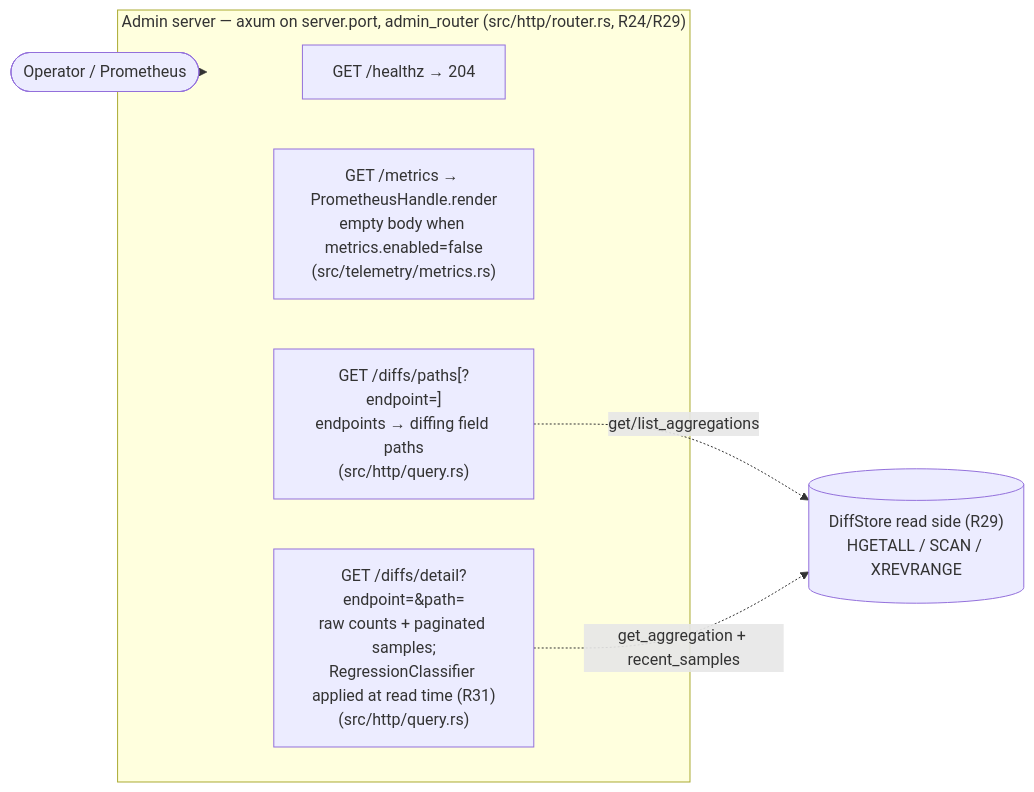
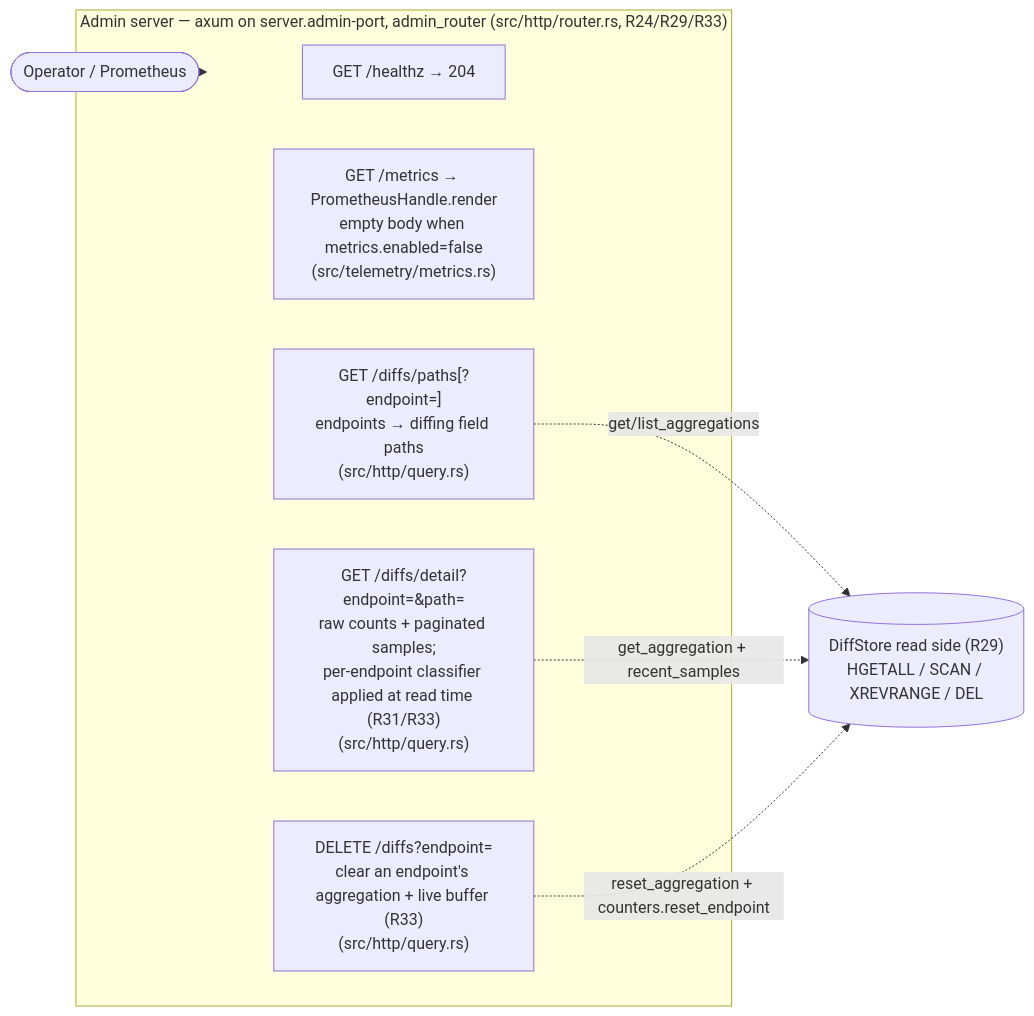
One commit to smf8/riffy changed the second of 2 diagrams in docs/architecture.md. Above: the diagram before and after it, drawn with Mermaid. The commit also changed other lines of this file, not shown here.

First line of the commit message:
This commit will update the architecture doc for the review.md reshape

````diff
--- a/docs/architecture.md
+++ b/docs/architecture.md
@@ -90,15 +91,17 @@
 ```mermaid
 flowchart LR
     operator(["Operator / Prometheus"]) --> admin
 
-    subgraph admin ["Admin server — axum on server.port, admin_router (src/http/router.rs, R24/R29)"]
+    subgraph admin ["Admin server — axum on server.admin-port, admin_router (src/http/router.rs, R24/R29/R33)"]
         hz["GET /healthz → 204"]
         mx["GET /metrics → PrometheusHandle.render<br/>empty body when metrics.enabled=false<br/>(src/telemetry/metrics.rs)"]
         paths["GET /diffs/paths[?endpoint=]<br/>endpoints → diffing field paths<br/>(src/http/query.rs)"]
-        detail["GET /diffs/detail?endpoint=&path=<br/>raw counts + paginated samples;<br/>RegressionClassifier applied at read time (R31)<br/>(src/http/query.rs)"]
+        detail["GET /diffs/detail?endpoint=&path=<br/>raw counts + paginated samples;<br/>per-endpoint classifier applied at read time (R31/R33)<br/>(src/http/query.rs)"]
+        reset["DELETE /diffs?endpoint=<br/>clear an endpoint's aggregation + live buffer (R33)<br/>(src/http/query.rs)"]
     end
 
     paths -. "get/list_aggregations" .-> readstore
     detail -. "get_aggregation + recent_samples" .-> readstore
-    readstore[("DiffStore read side (R29)<br/>HGETALL / SCAN / XREVRANGE")]
+    reset -. "reset_aggregation + counters.reset_endpoint" .-> readstore
+    readstore[("DiffStore read side (R29)<br/>HGETALL / SCAN / XREVRANGE / DEL")]
 ```
````
